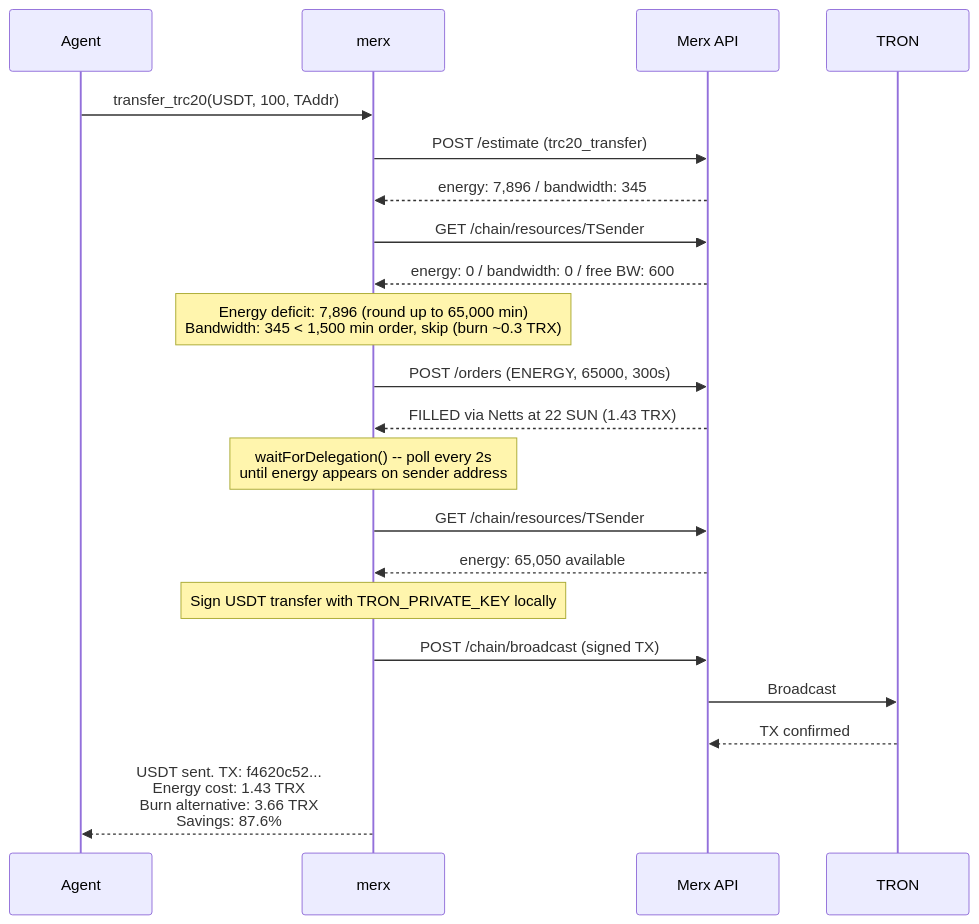
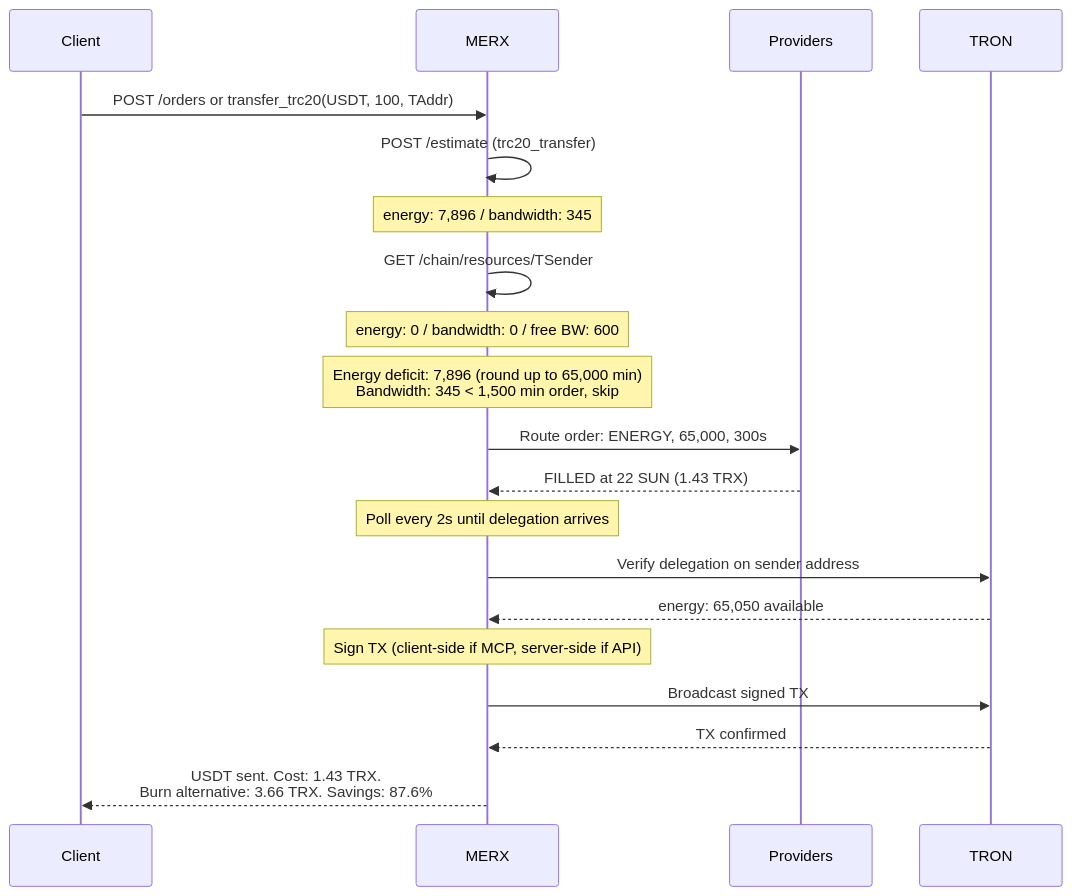
The second of 2 diagrams in README.md (nicosmall503/merx-mcp), drawn with Mermaid before and after one commit. The commit also changed other lines of this file, not shown here.

````diff
--- a/README.md
+++ b/README.md
@@ -285,24 +389,23 @@
 ```mermaid
 sequenceDiagram
-    participant A as Agent
-    participant M as merx
-    participant API as Merx API
+    participant C as Client
+    participant M as MERX
+    participant P as Providers
     participant T as TRON
 
-    A->>M: transfer_trc20(USDT, 100, TAddr)
-    M->>API: POST /estimate (trc20_transfer)
-    API-->>M: energy: 7,896 / bandwidth: 345
-    M->>API: GET /chain/resources/TSender
-    API-->>M: energy: 0 / bandwidth: 0 / free BW: 600
-    Note over M: Energy deficit: 7,896 (round up to 65,000 min)<br>Bandwidth: 345 < 1,500 min order, skip (burn ~0.3 TRX)
-    M->>API: POST /orders (ENERGY, 65000, 300s)
-    API-->>M: FILLED via Netts at 22 SUN (1.43 TRX)
-    Note over M: waitForDelegation() -- poll every 2s<br>until energy appears on sender address
-    M->>API: GET /chain/resources/TSender
-    API-->>M: energy: 65,050 available
-    Note over M: Sign USDT transfer with TRON_PRIVATE_KEY locally
-    M->>API: POST /chain/broadcast (signed TX)
-    API->>T: Broadcast
-    T-->>API: TX confirmed
-    M-->>A: USDT sent. TX: f4620c52...<br>Energy cost: 1.43 TRX<br>Burn alternative: 3.66 TRX<br>Savings: 87.6%
+    C->>M: POST /orders or transfer_trc20(USDT, 100, TAddr)
+    M->>M: POST /estimate (trc20_transfer)
+    Note over M: energy: 7,896 / bandwidth: 345
+    M->>M: GET /chain/resources/TSender
+    Note over M: energy: 0 / bandwidth: 0 / free BW: 600
+    Note over M: Energy deficit: 7,896 (round up to 65,000 min)<br>Bandwidth: 345 < 1,500 min order, skip
+    M->>P: Route order: ENERGY, 65,000, 300s
+    P-->>M: FILLED at 22 SUN (1.43 TRX)
+    Note over M: Poll every 2s until delegation arrives
+    M->>T: Verify delegation on sender address
+    T-->>M: energy: 65,050 available
+    Note over M: Sign TX (client-side if MCP, server-side if API)
+    M->>T: Broadcast signed TX
+    T-->>M: TX confirmed
+    M-->>C: USDT sent. Cost: 1.43 TRX.<br>Burn alternative: 3.66 TRX. Savings: 87.6%
 ```
````
